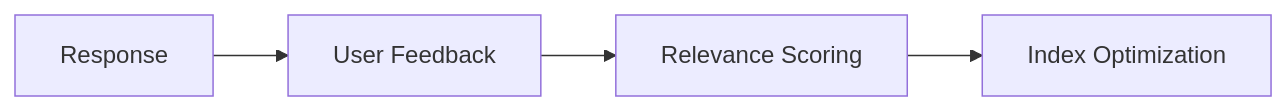
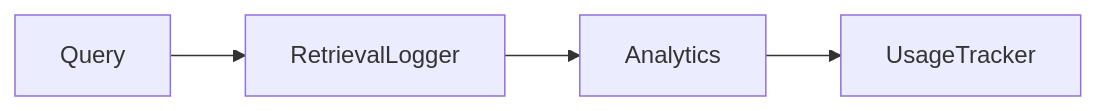
Before and after one commit to jchu0/applied-cs-projects: the fifth of 5 diagrams in 25-rag-baseline/docs/ARCHITECTURE.md, drawn with Mermaid. The commit also changed other lines of this file and 7 other files, not shown here.

````diff
--- a/25-rag-baseline/docs/ARCHITECTURE.md
+++ b/25-rag-baseline/docs/ARCHITECTURE.md
@@ -102,4 +102,4 @@
 ```mermaid
 flowchart LR
-    A[Response] --> B[User Feedback] --> C[Relevance Scoring] --> D[Index Optimization]
+    A[Query] --> B[RetrievalLogger] --> C[Analytics] --> D[UsageTracker]
 ```
````
